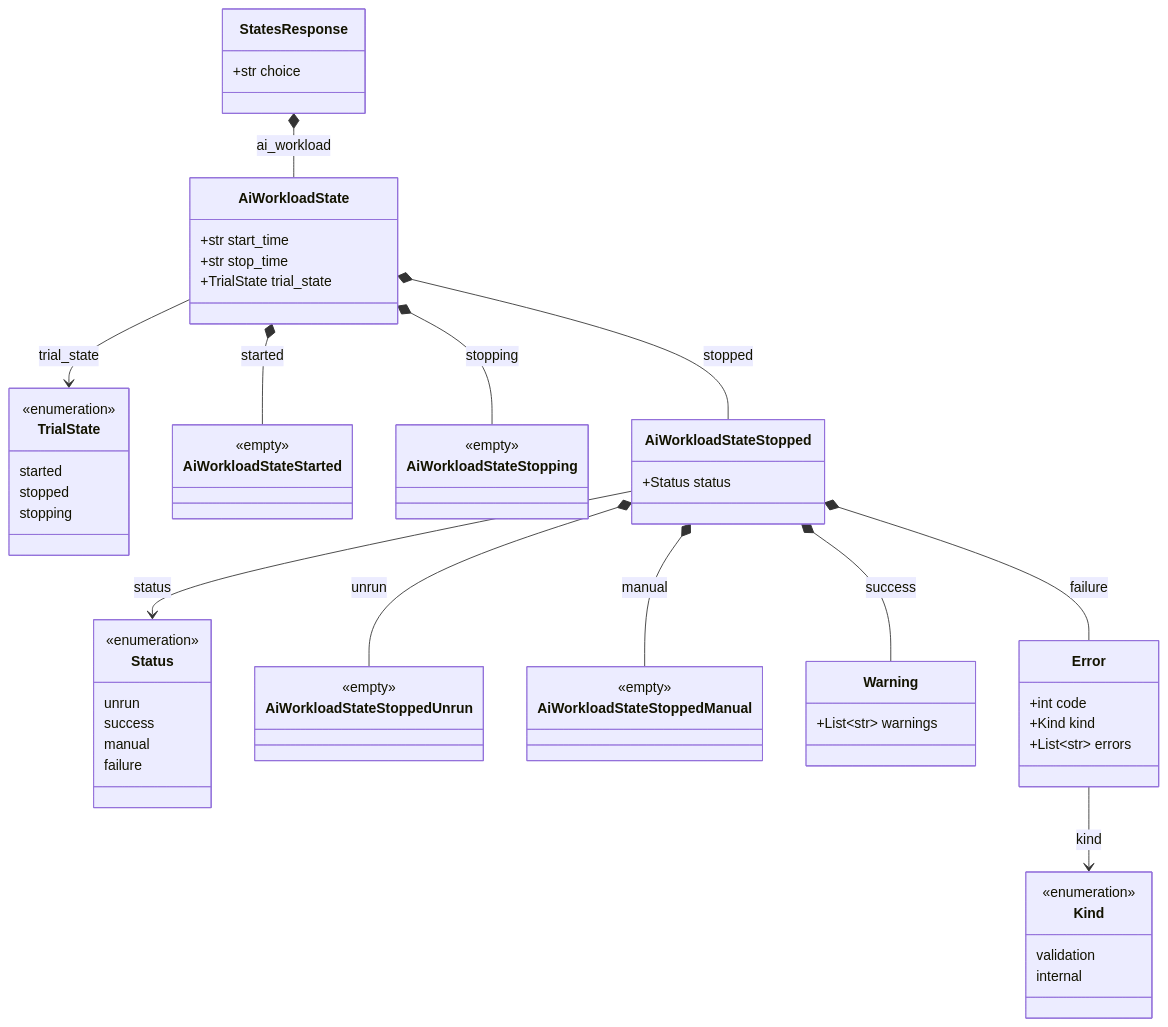
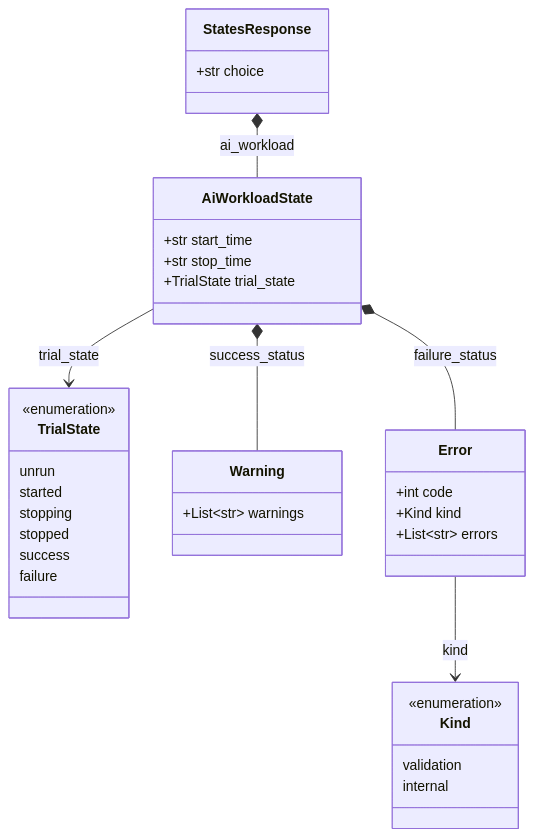
The diagram in samples/ai_workload_get_states.md (open-traffic-generator/aidcb-models), drawn with Mermaid before and after one commit. The commit also changed other lines of this file and 1 other file, not shown here.

````diff
--- a/samples/ai_workload_get_states.md
+++ b/samples/ai_workload_get_states.md
@@ -11,64 +16,39 @@
 ```mermaid
 classDiagram
     class StatesResponse {
         +str choice
     }
     class AiWorkloadState {
         +str start_time
         +str stop_time
         +TrialState trial_state
     }
     class TrialState {
         <<enumeration>>
+        unrun
         started
+        stopping
         stopped
-        stopping
-    }
-    class AiWorkloadStateStarted {
-        <<empty>>
-    }
-    class AiWorkloadStateStopping {
-        <<empty>>
-    }
-    class AiWorkloadStateStopped {
-        +Status status
-    }
-    class Status {
-        <<enumeration>>
-        unrun
         success
-        manual
         failure
-    }
-    class AiWorkloadStateStoppedUnrun {
-        <<empty>>
-    }
-    class AiWorkloadStateStoppedManual {
-        <<empty>>
     }
     class Warning {
         +List~str~ warnings
     }
     class Error {
         +int code
         +Kind kind
         +List~str~ errors
     }
     class Kind {
         <<enumeration>>
         validation
         internal
     }
 
     StatesResponse *-- AiWorkloadState : ai_workload
     AiWorkloadState --> TrialState : trial_state
-    AiWorkloadState *-- AiWorkloadStateStarted : started
-    AiWorkloadState *-- AiWorkloadStateStopping : stopping
-    AiWorkloadState *-- AiWorkloadStateStopped : stopped
-    AiWorkloadStateStopped --> Status : status
-    AiWorkloadStateStopped *-- AiWorkloadStateStoppedUnrun : unrun
-    AiWorkloadStateStopped *-- Warning : success
-    AiWorkloadStateStopped *-- AiWorkloadStateStoppedManual : manual
-    AiWorkloadStateStopped *-- Error : failure
+    AiWorkloadState *-- Warning : success_status
+    AiWorkloadState *-- Error : failure_status
     Error --> Kind : kind
 ```
````
